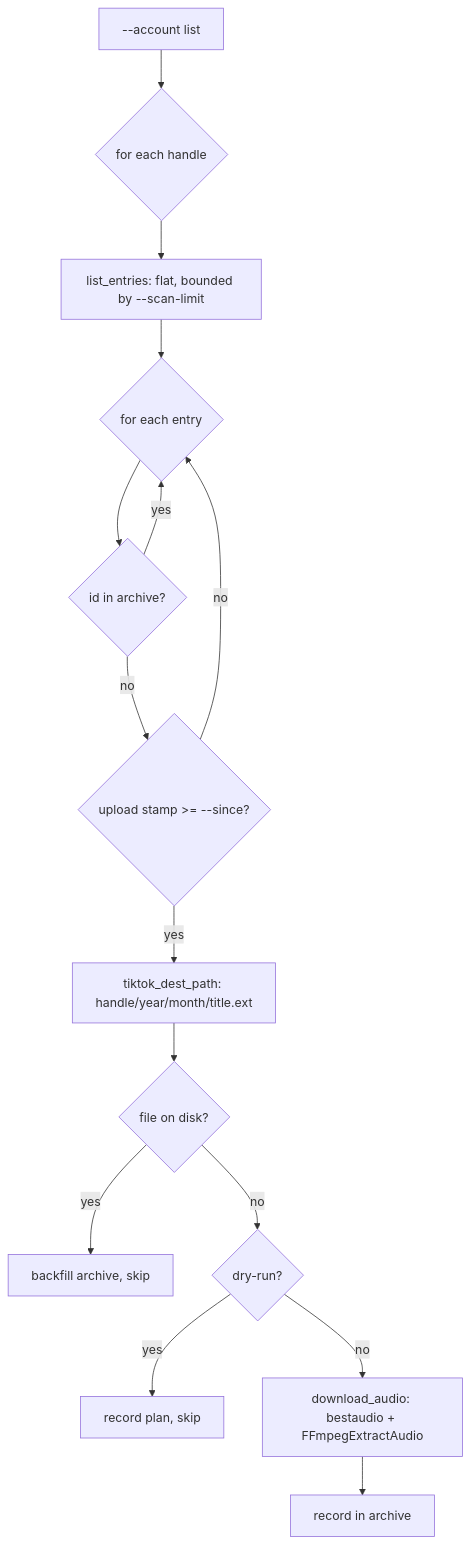
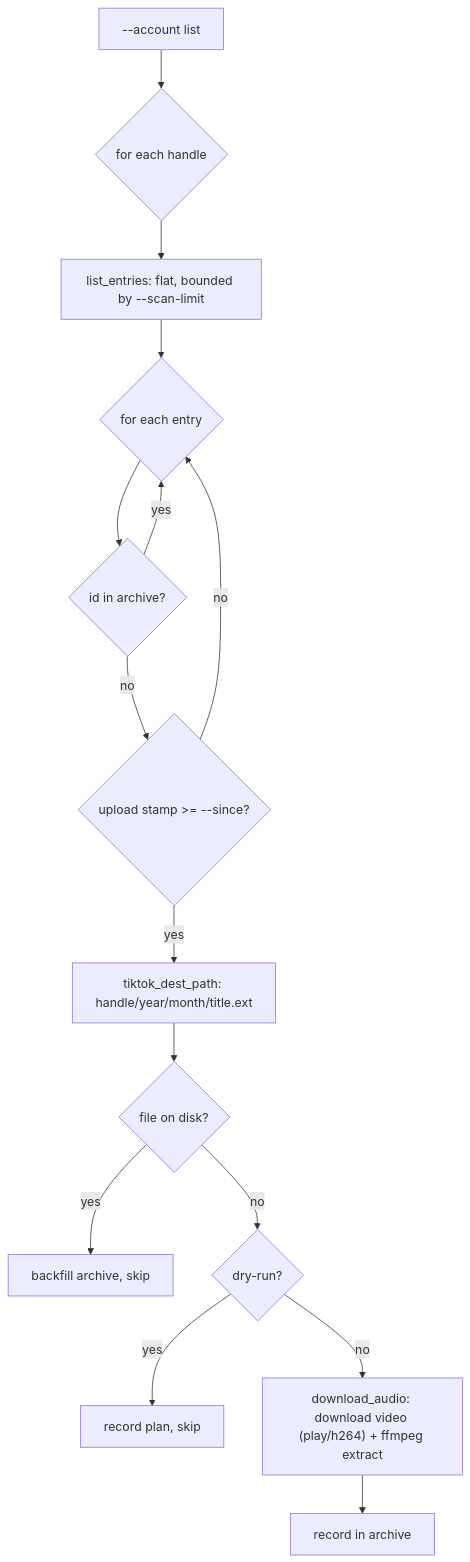
One commit to MarTCM/haca-transcription changed the diagram in docs/TIKTOK_DOWNLOADER.md. Above: the diagram before and after it, drawn with Mermaid. The commit also changed other lines of this file and 4 other files, not shown here.

````diff
--- a/docs/TIKTOK_DOWNLOADER.md
+++ b/docs/TIKTOK_DOWNLOADER.md
@@ -107,17 +107,17 @@
 ```mermaid
 flowchart TD
     A[--account list] --> B{for each handle}
     B --> C[list_entries: flat, bounded by --scan-limit]
     C --> D{for each entry}
     D --> E{id in archive?}
     E -- yes --> D
     E -- no --> F{upload stamp >= --since?}
     F -- no --> D
     F -- yes --> G[tiktok_dest_path: handle/year/month/title.ext]
     G --> H{file on disk?}
     H -- yes --> I[backfill archive, skip]
     H -- no --> J{dry-run?}
     J -- yes --> K[record plan, skip]
-    J -- no --> L[download_audio: bestaudio + FFmpegExtractAudio]
+    J -- no --> L["download_audio: download video (play/h264) + ffmpeg extract"]
     L --> M[record in archive]
 ```
````
